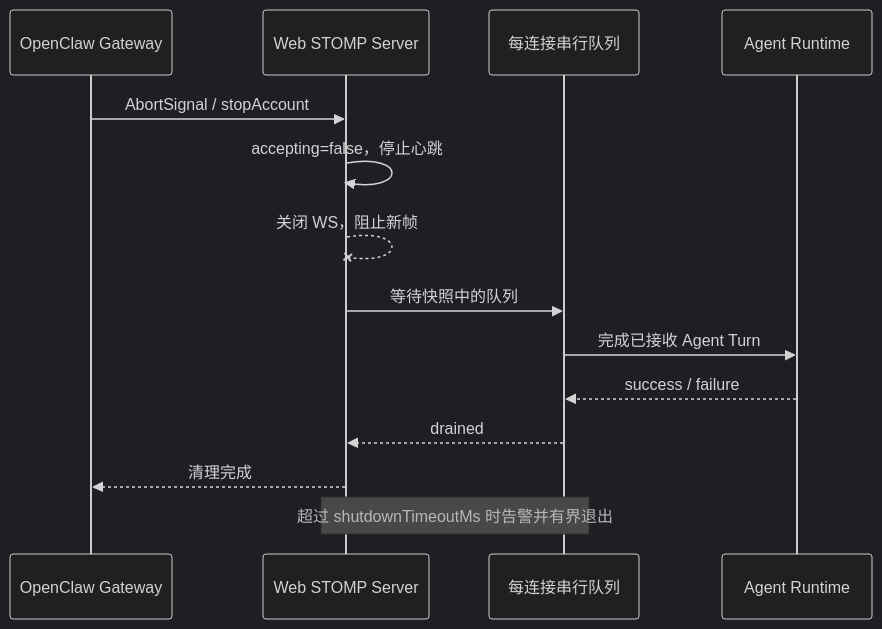
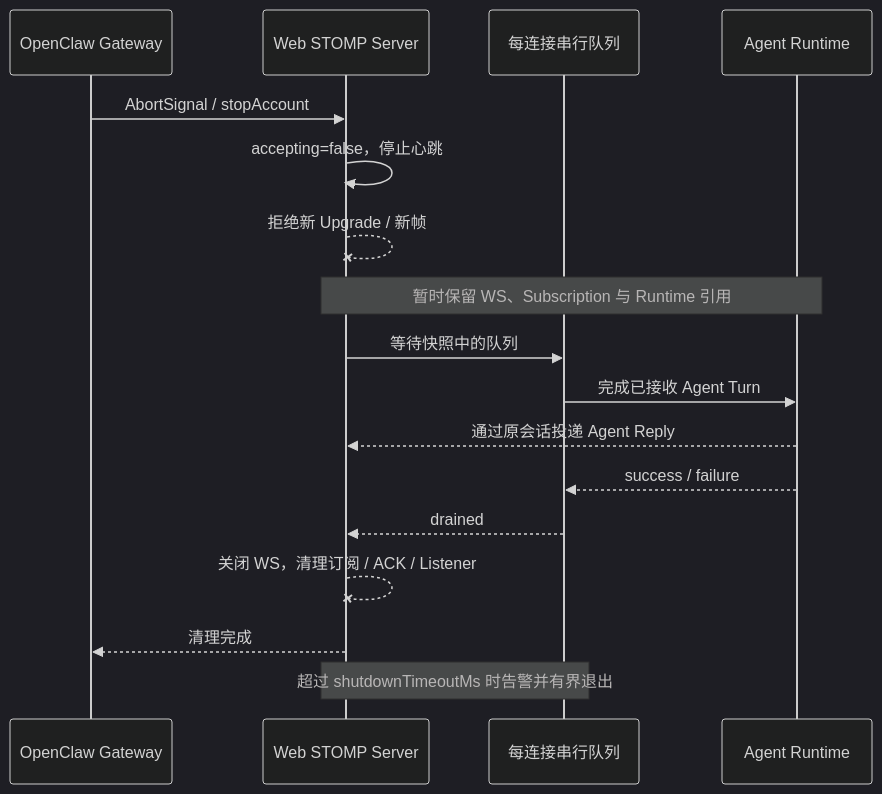
The fifth of 5 diagrams in extensions/web-stomp/README.zh-CN.md (partme-ai/openclaw-plugins), drawn with Mermaid (dark theme) before and after one commit. The commit also changed other lines of this file and 21 other files, not shown here.

````diff
--- a/extensions/web-stomp/README.zh-CN.md
+++ b/extensions/web-stomp/README.zh-CN.md
@@ -283,16 +288,19 @@
 ```mermaid
 sequenceDiagram
     participant G as OpenClaw Gateway
     participant S as Web STOMP Server
     participant Q as 每连接串行队列
     participant A as Agent Runtime
     G->>S: AbortSignal / stopAccount
     S->>S: accepting=false，停止心跳
-    S--xS: 关闭 WS，阻止新帧
+    S--xS: 拒绝新 Upgrade / 新帧
+    Note over S,A: 暂时保留 WS、Subscription 与 Runtime 引用
     S->>Q: 等待快照中的队列
     Q->>A: 完成已接收 Agent Turn
+    A-->>S: 通过原会话投递 Agent Reply
     A-->>Q: success / failure
     Q-->>S: drained
+    S--xS: 关闭 WS，清理订阅 / ACK / Listener
     S-->>G: 清理完成
     Note over S,Q: 超过 shutdownTimeoutMs 时告警并有界退出
 ```
````
